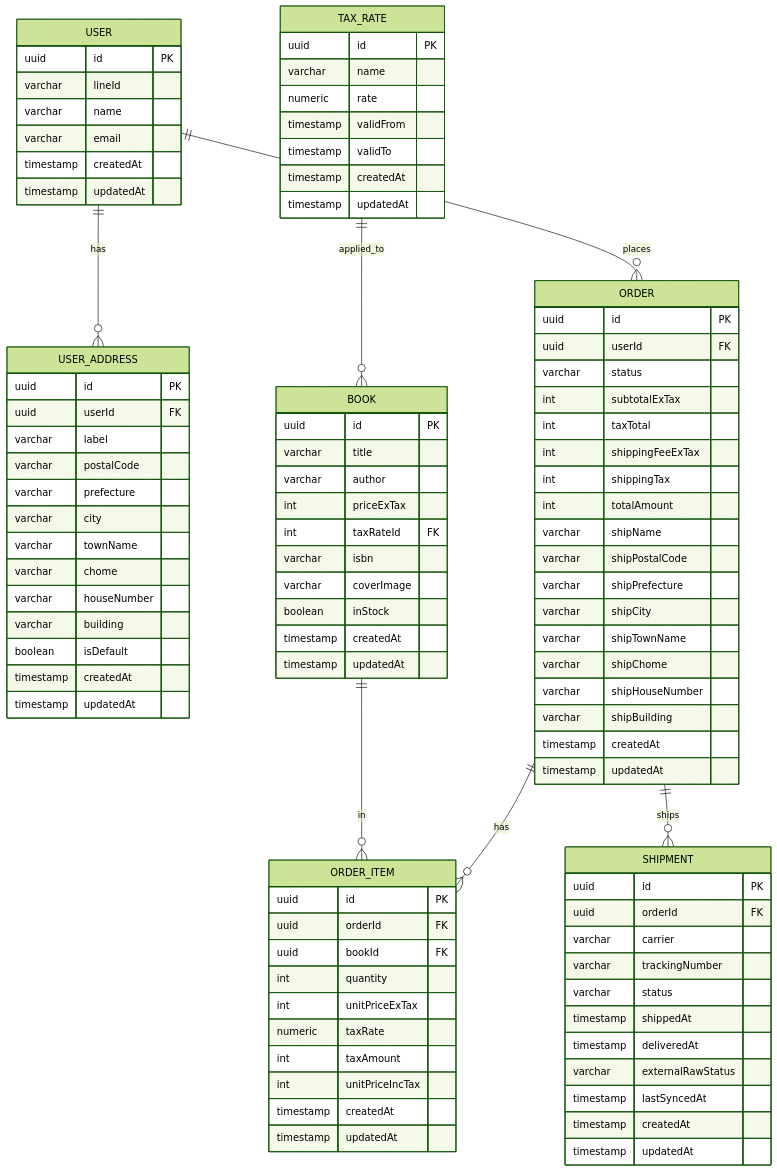
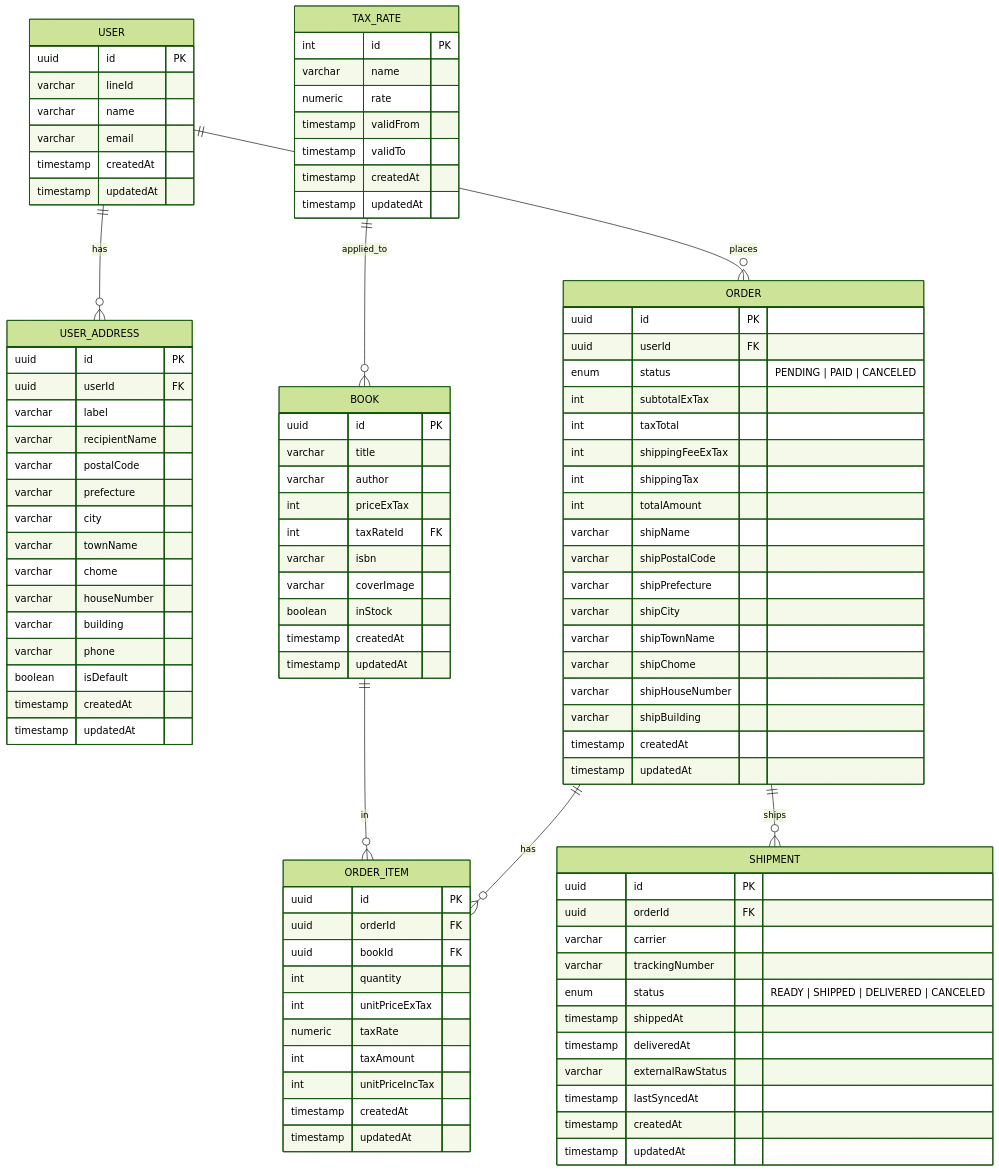
One commit to Hiroaki-hey-jude/line-zousan-bookstore changed the diagram in docs/erd.md. Above: the diagram before and after it, drawn with Mermaid (forest theme). The commit also changed 1 other file, not shown here.

Commit message:
Update ER diagram and add project overview

```diff
--- a/docs/erd.md
+++ b/docs/erd.md
@@ -22,6 +22,7 @@
     uuid id PK
     uuid userId FK
     varchar label
+    varchar recipientName
     varchar postalCode
     varchar prefecture
     varchar city
@@ -29,12 +30,13 @@
     varchar chome
     varchar houseNumber
     varchar building
+    varchar phone
     boolean isDefault
     timestamp createdAt
     timestamp updatedAt
   }
   TAX_RATE {
-    uuid id PK
+    int id PK
     varchar name
     numeric rate
     timestamp validFrom
@@ -57,7 +59,7 @@
   ORDER {
     uuid id PK
     uuid userId FK
-    varchar status
+    enum status "PENDING | PAID | CANCELED"
     int subtotalExTax
     int taxTotal
     int shippingFeeExTax
@@ -92,7 +94,7 @@
     uuid orderId FK
     varchar carrier
     varchar trackingNumber
-    varchar status
+    enum status "READY | SHIPPED | DELIVERED | CANCELED"
     timestamp shippedAt
     timestamp deliveredAt
     varchar externalRawStatus
```
